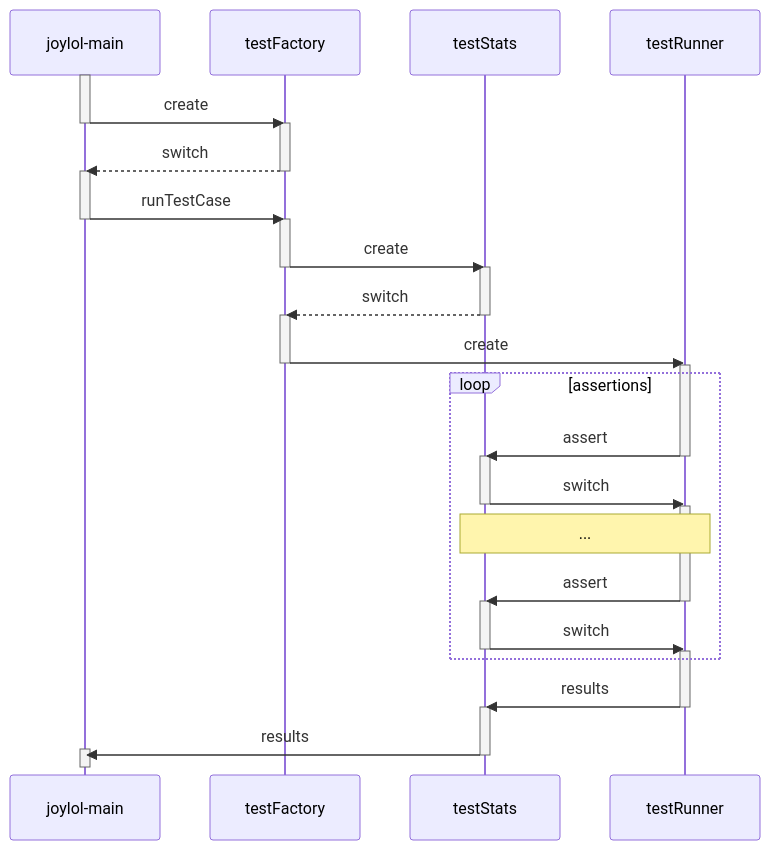
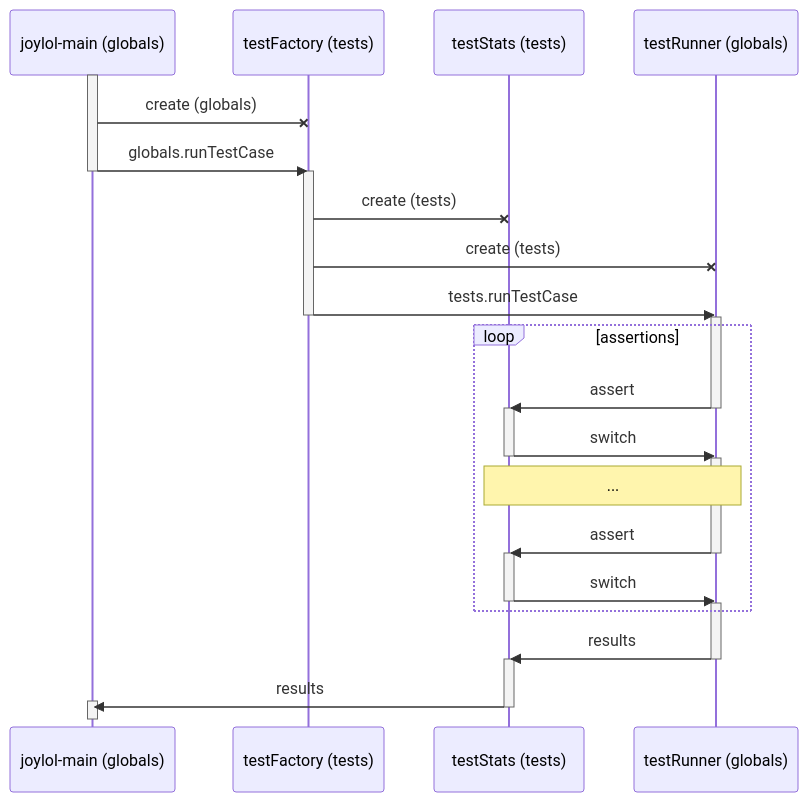
The diagram in module/t-joylol-coalg/doc/context/third/joyLoLCoAlg/runJoylolTestCase.mmd (stephengaito/documentArchive), drawn with Mermaid before and after one commit. The commit also changed 12 other files, not shown here.

Commit message:
updated runJoylolTestCase interaction diagram; rationalized dictinary interface

```diff
--- a/module/t-joylol-coalg/doc/context/third/joyLoLCoAlg/runJoylolTestCase.mmd
+++ b/module/t-joylol-coalg/doc/context/third/joyLoLCoAlg/runJoylolTestCase.mmd
@@ -1,47 +1,39 @@
 sequenceDiagram
-  participant m as joylol-main
-  participant tf as testFactory
-  participant ts as testStats
-  participant tr as testRunner
- 
+  participant m as joylol-main (globals)
+  participant tf as testFactory (tests)
+  participant ts as testStats (tests)
+  participant tr as testRunner (globals)
+
+  %% specify context switches
   activate m
-  m->>tf: create
+  m -X tf : create (globals)
+  m ->> tf : globals.runTestCase
   deactivate m
   activate tf
-  tf-->>m:switch
-  deactivate tf
-  activate m
-  m->>tf:runTestCase
-  deactivate m
-  activate tf
-  tf->>ts:create
-  deactivate tf
-  activate ts
-  ts-->>tf:switch
-  deactivate ts
-  activate tf
-  tf->>tr:create
+  tf -X ts : create (tests)
+  tf -X tr : create (tests)
+  tf ->> tr : tests.runTestCase
   deactivate tf
   activate tr
   loop assertions
-    tr->>ts:assert
+    tr ->> ts : assert
     deactivate tr
    activate ts
-    ts->>tr:switch
+    ts ->> tr : switch
    deactivate ts
    activate tr
     note over ts,tr :     ...
-    tr->>ts:assert
+    tr ->> ts : assert
     deactivate tr
     activate ts
-    ts->>tr:switch
+    ts ->> tr : switch
     deactivate ts
     activate tr
   end
-  tr->>ts:results
+  tr ->> ts : results
   deactivate tr
   activate ts
-  ts->>m:results
+  ts ->> m : results
   deactivate ts
   activate m
   deactivate m
```
